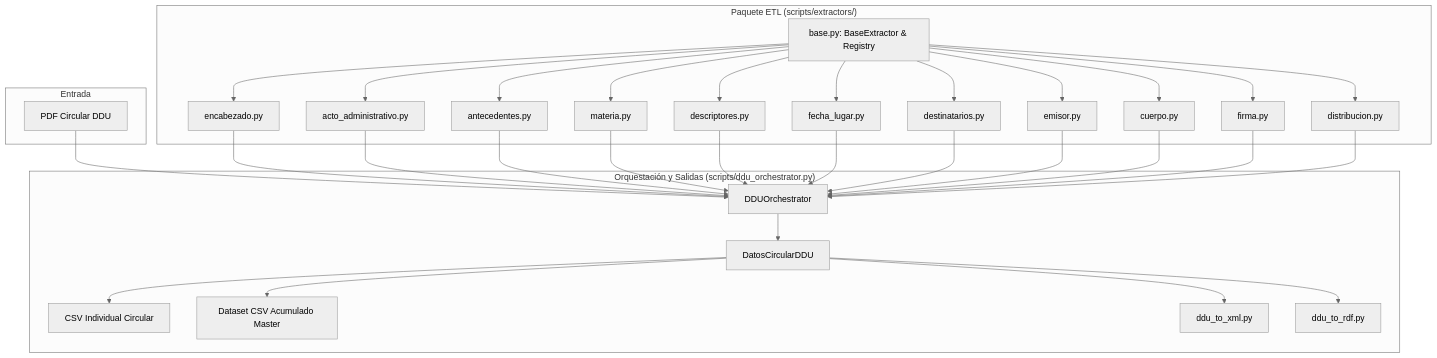
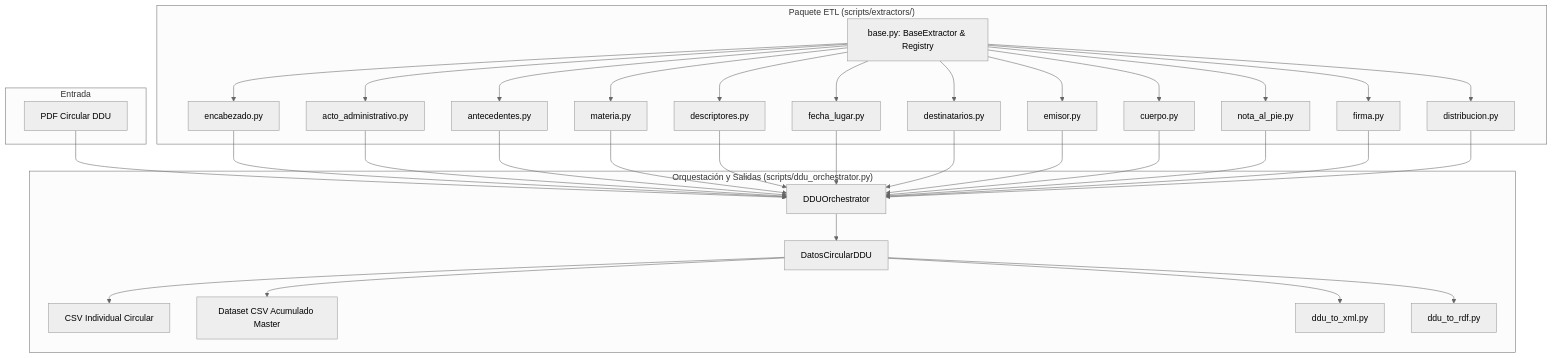
One commit to PedroReusCh/Proyecto-Biblioteca-Normativa-Circulares changed the diagram in README.md. Above: the diagram before and after it, drawn with Mermaid (neutral theme). The commit also changed other lines of this file and 1 other file, not shown here.

Commit message:
docs: actualizar README.md y GEMINI.md con el nuevo extractor de Nota al Pie y 32 tests

````diff
--- a/README.md
+++ b/README.md
@@ -48,31 +49,32 @@
 ```mermaid
 graph TD
     subgraph "Entrada"
         PDF[PDF Circular DDU]
     end
 
     subgraph "Paquete ETL (scripts/extractors/)"
         Base[base.py: BaseExtractor & Registry]
         Base --> Ext1[encabezado.py]
         Base --> Ext2[acto_administrativo.py]
         Base --> Ext3[antecedentes.py]
         Base --> Ext4[materia.py]
         Base --> Ext5[descriptores.py]
         Base --> Ext6[fecha_lugar.py]
         Base --> Ext7[destinatarios.py]
         Base --> Ext8[emisor.py]
         Base --> Ext9[cuerpo.py]
-        Base --> Ext10[firma.py]
-        Base --> Ext11[distribucion.py]
+        Base --> Ext10[nota_al_pie.py]
+        Base --> Ext11[firma.py]
+        Base --> Ext12[distribucion.py]
     end
 
     subgraph "Orquestación y Salidas (scripts/ddu_orchestrator.py)"
         PDF --> Orch[DDUOrchestrator]
-        Ext1 & Ext2 & Ext3 & Ext4 & Ext5 & Ext6 & Ext7 & Ext8 & Ext9 & Ext10 & Ext11 --> Orch
+        Ext1 & Ext2 & Ext3 & Ext4 & Ext5 & Ext6 & Ext7 & Ext8 & Ext9 & Ext10 & Ext11 & Ext12 --> Orch
         Orch --> Data[DatosCircularDDU]
         Data --> CSVInd[CSV Individual Circular]
         Data --> CSVMaster[Dataset CSV Acumulado Master]
         Data --> XML[ddu_to_xml.py]
         Data --> RDF[ddu_to_rdf.py]
     end
 ```
````
